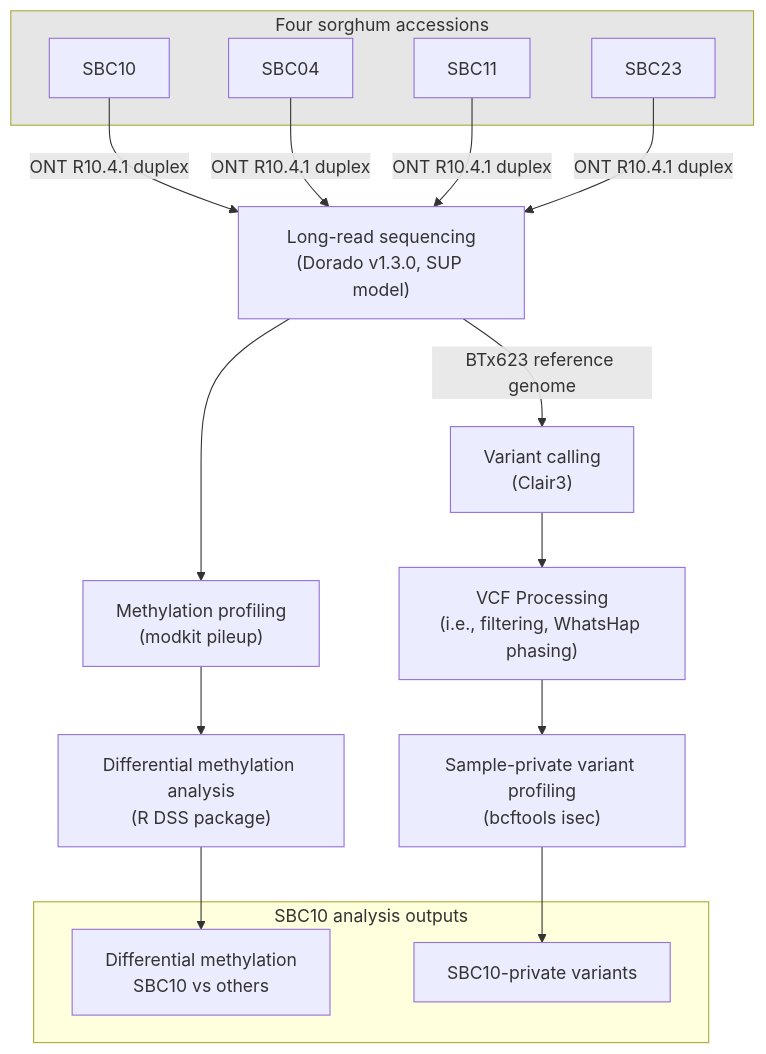
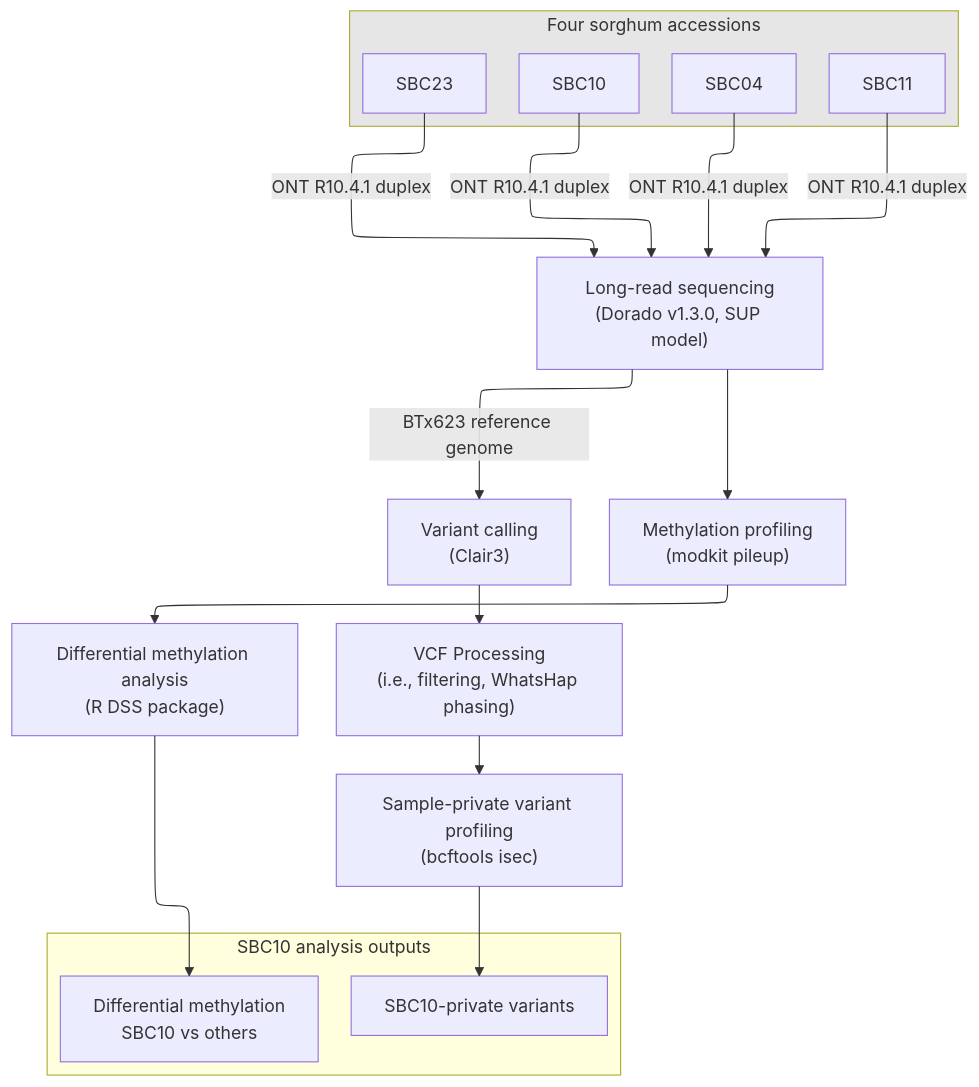
The first of 2 diagrams in analysis/03_TAA/TAA.md (daffaaprilio/masters_thesis), drawn with Mermaid before and after one commit. The commit also changed other lines of this file and 6 other files, not shown here.

````diff
--- a/analysis/03_TAA/TAA.md
+++ b/analysis/03_TAA/TAA.md
@@ -15,31 +15,35 @@
 ```mermaid
+---
+config:
+  layout: elk
+---
 flowchart TD
     subgraph ACC["Four sorghum accessions"]
         SBC04["SBC04"]
         SBC10["SBC10"]
         SBC11["SBC11"]
         SBC23["SBC23"]
     end
 
     SBC10 -->|"ONT R10.4.1 duplex"| SEQ["Long-read sequencing\n(Dorado v1.3.0, SUP model)"]
     SBC04 -->|"ONT R10.4.1 duplex"| SEQ
     SBC11 -->|"ONT R10.4.1 duplex"| SEQ
     SBC23 -->|"ONT R10.4.1 duplex"| SEQ
 
     SEQ -->|"BTx623 reference genome"| VAR["Variant calling\n(Clair3)"]
     SEQ --> METH["Methylation profiling\n(modkit pileup)"]
 
     METH --> DMR["Differential methylation analysis\n(R DSS package)"]
     VAR --> VCFP["VCF Processing\n(i.e., filtering, WhatsHap phasing)"]
     VCFP --> ISEC["Sample-private variant profiling\n(bcftools isec)"]
 
     subgraph SBC10RES["SBC10 analysis outputs"]
         SBC10DMR["Differential methylation\nSBC10 vs others"]
         VARPSBC10["SBC10-private variants"]
     end
 
     DMR --> SBC10DMR
     ISEC --> VARPSBC10
 
     style ACC fill:#e6e6e6
 ```
````
